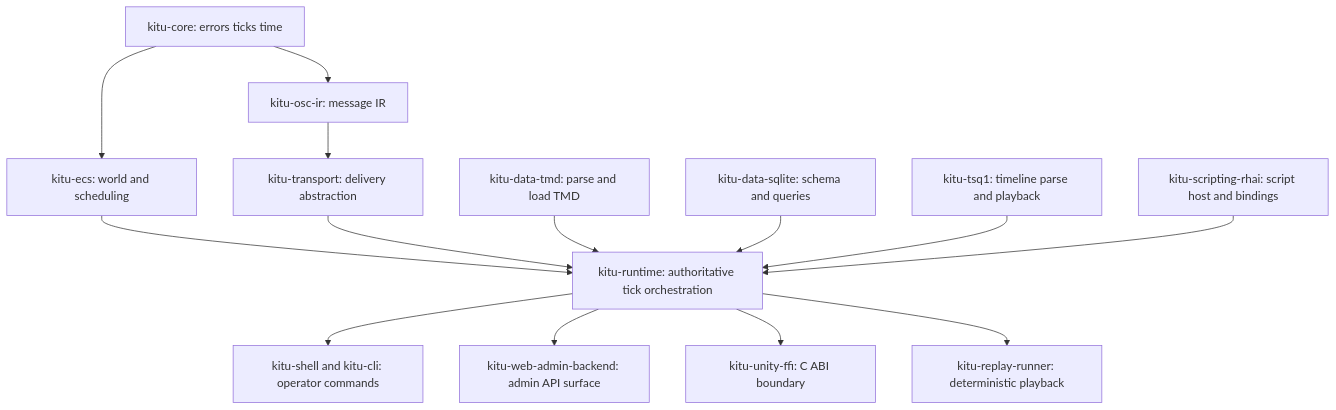
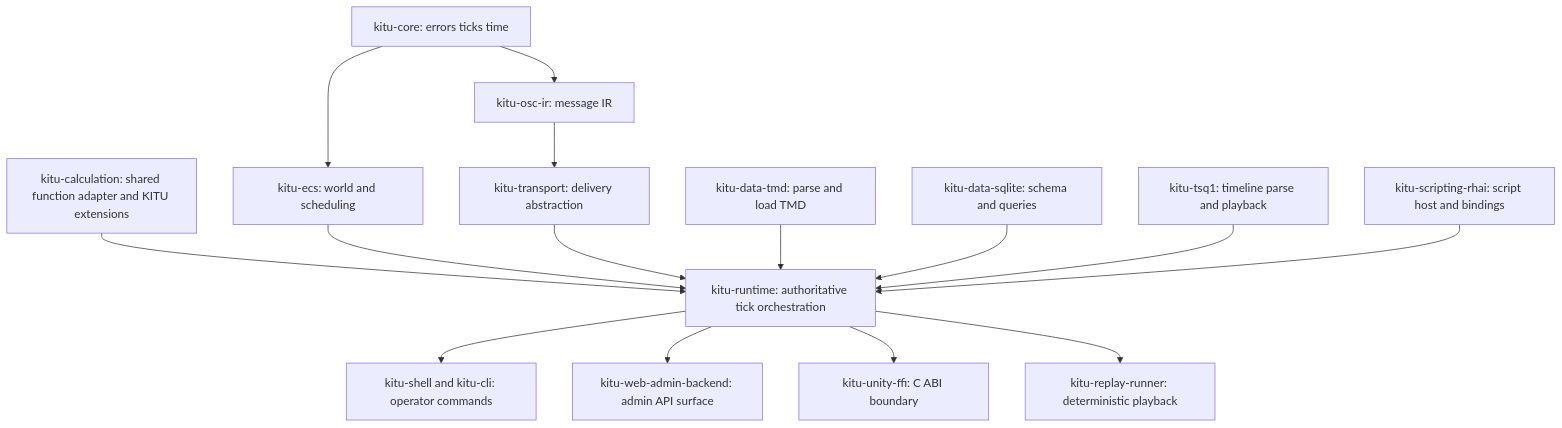
One commit to Nagitch/kitu-logic-processor changed the third of 5 diagrams in doc/architecture.md. Above: the diagram before and after it, drawn with Mermaid. The commit also changed other lines of this file and 6 other files, not shown here.

Commit message:
Add shared calculation kernel adapter

````diff
--- a/doc/architecture.md
+++ b/doc/architecture.md
@@ -296,30 +298,32 @@
 ```mermaid
 graph TD
     Core[kitu-core: errors ticks time]
+    Calculation[kitu-calculation: shared function adapter and KITU extensions]
     ECS[kitu-ecs: world and scheduling]
     Osc[kitu-osc-ir: message IR]
     Transport[kitu-transport: delivery abstraction]
     Runtime[kitu-runtime: authoritative tick orchestration]
     TMD[kitu-data-tmd: parse and load TMD]
     SQLite[kitu-data-sqlite: schema and queries]
     TSQ1[kitu-tsq1: timeline parse and playback]
     Rhai[kitu-scripting-rhai: script host and bindings]
     Shell[kitu-shell and kitu-cli: operator commands]
     Web[kitu-web-admin-backend: admin API surface]
     UnityFFI[kitu-unity-ffi: C ABI boundary]
     Replay[kitu-replay-runner: deterministic playback]
 
     Core --> ECS
+    Calculation --> Runtime
     Core --> Osc
     Osc --> Transport
     ECS --> Runtime
     Transport --> Runtime
     TMD --> Runtime
     SQLite --> Runtime
     TSQ1 --> Runtime
     Rhai --> Runtime
     Runtime --> Shell
     Runtime --> Web
     Runtime --> UnityFFI
     Runtime --> Replay
 ```
````
